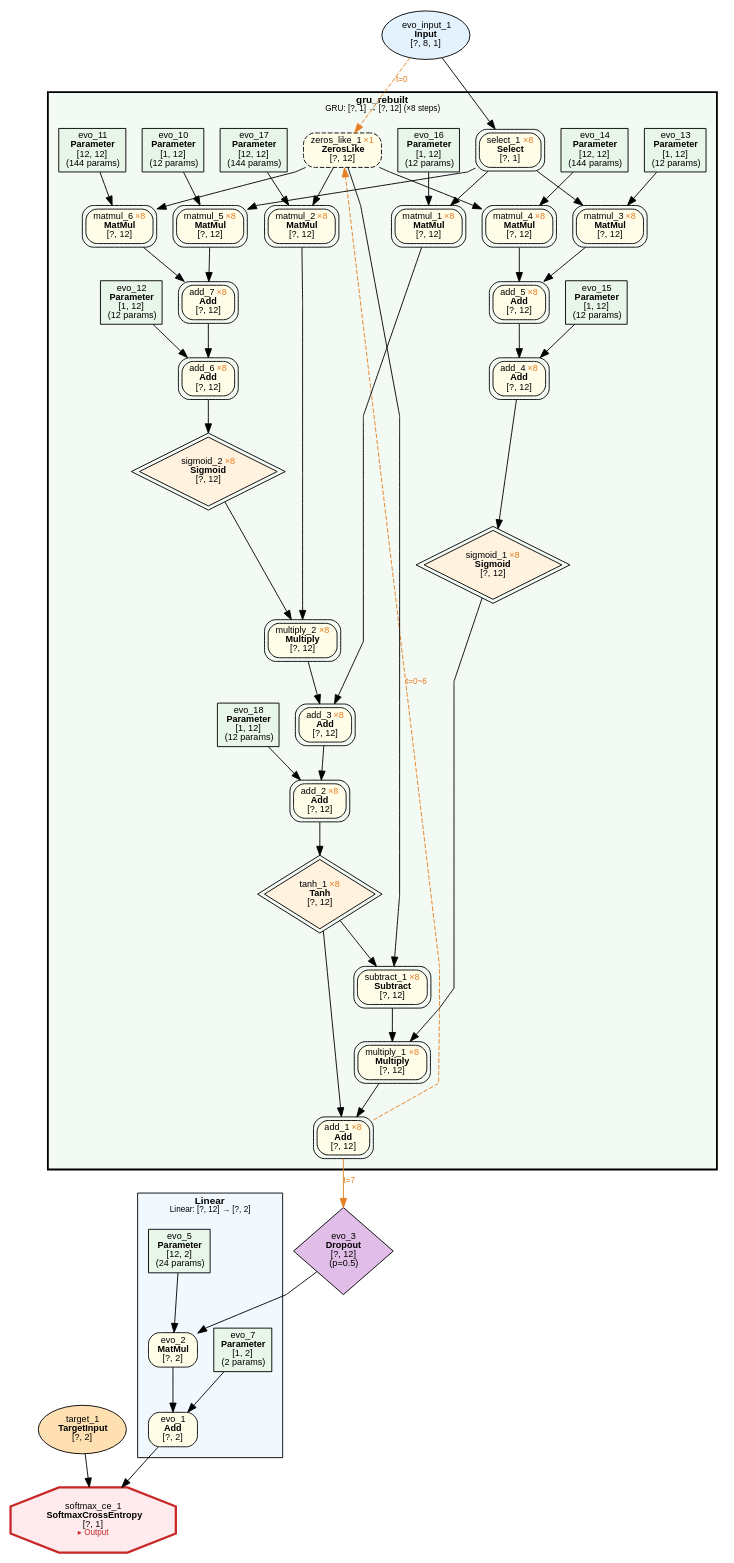
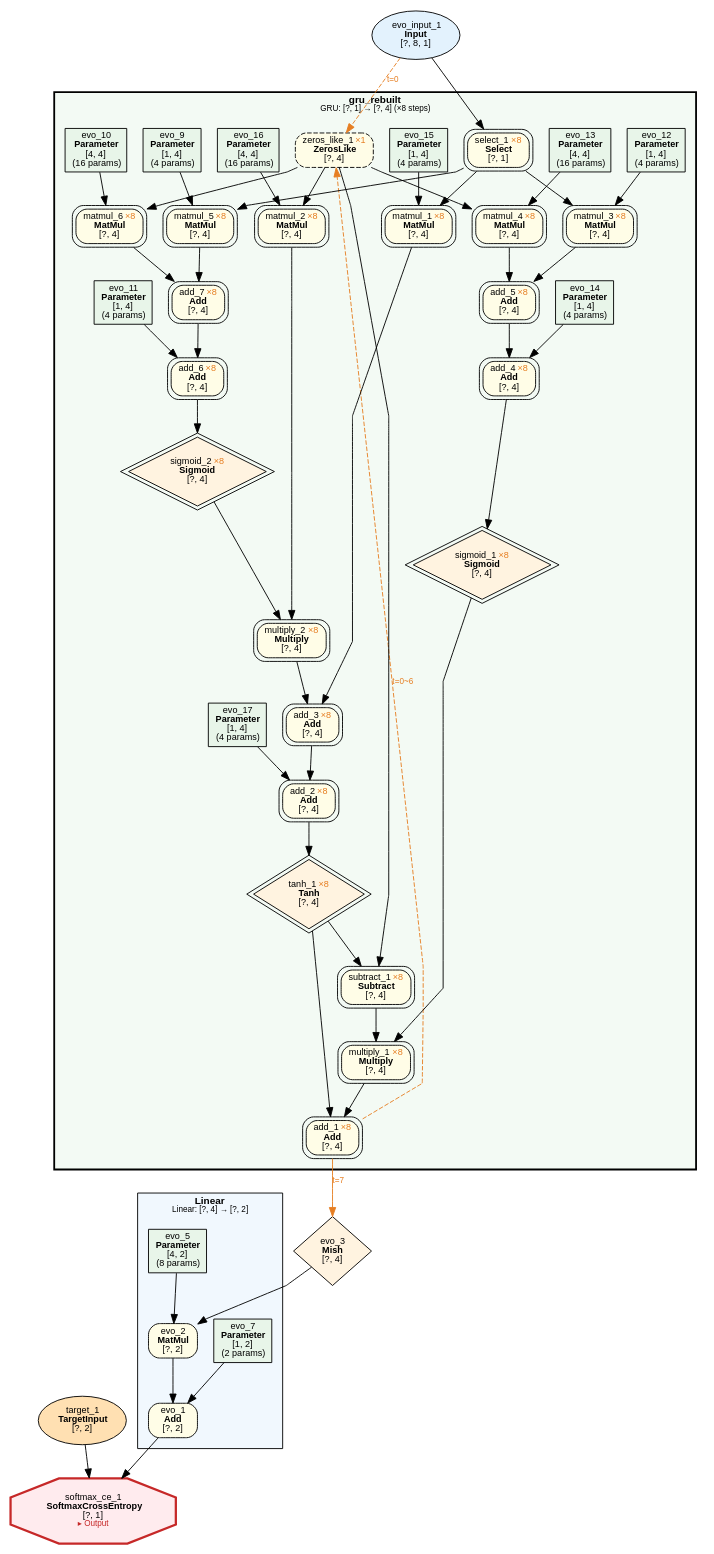
The diagram in examples/evolution/parity_seq/evolution_parity_seq.dot (dbsxdbsx/only_torch), drawn with Graphviz before and after one commit. The commit also changed 32 other files, not shown here.

```diff
--- a/examples/evolution/parity_seq/evolution_parity_seq.dot
+++ b/examples/evolution/parity_seq/evolution_parity_seq.dot
@@ -1,112 +1,112 @@
 digraph ComputeGraph {
     rankdir=TB;
     newrank=true;
     splines=polyline;
     node [fontname="Microsoft YaHei,SimHei,Arial"];
     edge [fontname="Microsoft YaHei,SimHei,Arial"];
 
     subgraph cluster_group_linear_1 {
-        label=<<B>Linear</B><BR/><FONT POINT-SIZE="9">Linear: [?, 12] → [?, 2]</FONT>>;
+        label=<<B>Linear</B><BR/><FONT POINT-SIZE="9">Linear: [?, 4] → [?, 2]</FONT>>;
         style=filled;
         fillcolor="#E3F2FD80";
         fontname="Microsoft YaHei,SimHei,Arial";
         fontsize=11;
         margin=12;
             "2" [label=<evo_1<BR/><B>Add</B><BR/>[?, 2]> shape=box style="filled,rounded" fillcolor="#FFFDE7" fontsize=10];
             "4" [label=<evo_2<BR/><B>MatMul</B><BR/>[?, 2]> shape=box style="filled,rounded" fillcolor="#FFFDE7" fontsize=10];
             "5" [label=<evo_7<BR/><B>Parameter</B><BR/>[1, 2]<BR/>(2 params)> shape=box style=filled fillcolor="#E8F5E9" fontsize=10];
-            "7" [label=<evo_5<BR/><B>Parameter</B><BR/>[12, 2]<BR/>(24 params)> shape=box style=filled fillcolor="#E8F5E9" fontsize=10];
+            "7" [label=<evo_5<BR/><B>Parameter</B><BR/>[4, 2]<BR/>(8 params)> shape=box style=filled fillcolor="#E8F5E9" fontsize=10];
     }
 
     subgraph cluster_group_gru_0 {
-        label=<<B>gru_rebuilt</B><BR/><FONT POINT-SIZE="9">GRU: [?, 1] → [?, 12] (×8 steps)</FONT>>;
+        label=<<B>gru_rebuilt</B><BR/><FONT POINT-SIZE="9">GRU: [?, 1] → [?, 4] (×8 steps)</FONT>>;
         style="filled,bold";
         peripheries=3;
         penwidth=2;
         fillcolor="#E8F5E980";
         fontname="Microsoft YaHei,SimHei,Arial";
         fontsize=11;
         margin=12;
-            "8" [label=<evo_18<BR/><B>Parameter</B><BR/>[1, 12]<BR/>(12 params)> shape=box style=filled fillcolor="#E8F5E9" fontsize=10];
-            "9" [label=<evo_15<BR/><B>Parameter</B><BR/>[1, 12]<BR/>(12 params)> shape=box style=filled fillcolor="#E8F5E9" fontsize=10];
-            "10" [label=<evo_16<BR/><B>Parameter</B><BR/>[1, 12]<BR/>(12 params)> shape=box style=filled fillcolor="#E8F5E9" fontsize=10];
-            "12" [label=<evo_17<BR/><B>Parameter</B><BR/>[12, 12]<BR/>(144 params)> shape=box style=filled fillcolor="#E8F5E9" fontsize=10];
-            "13" [label=<evo_13<BR/><B>Parameter</B><BR/>[1, 12]<BR/>(12 params)> shape=box style=filled fillcolor="#E8F5E9" fontsize=10];
-            "14" [label=<evo_14<BR/><B>Parameter</B><BR/>[12, 12]<BR/>(144 params)> shape=box style=filled fillcolor="#E8F5E9" fontsize=10];
-            "15" [label=<evo_12<BR/><B>Parameter</B><BR/>[1, 12]<BR/>(12 params)> shape=box style=filled fillcolor="#E8F5E9" fontsize=10];
-            "16" [label=<evo_10<BR/><B>Parameter</B><BR/>[1, 12]<BR/>(12 params)> shape=box style=filled fillcolor="#E8F5E9" fontsize=10];
-            "17" [label=<evo_11<BR/><B>Parameter</B><BR/>[12, 12]<BR/>(144 params)> shape=box style=filled fillcolor="#E8F5E9" fontsize=10];
-            "18" [label=<add_1 <FONT COLOR="#E67E22">×8</FONT><BR/><B>Add</B><BR/>[?, 12]> shape=box style="filled,rounded" fillcolor="#FFFDE7" fontsize=10 peripheries=2];
-            "19" [label=<tanh_1 <FONT COLOR="#E67E22">×8</FONT><BR/><B>Tanh</B><BR/>[?, 12]> shape=diamond style=filled fillcolor="#FFF3E0" fontsize=10 peripheries=2];
-            "20" [label=<multiply_1 <FONT COLOR="#E67E22">×8</FONT><BR/><B>Multiply</B><BR/>[?, 12]> shape=box style="filled,rounded" fillcolor="#FFFDE7" fontsize=10 peripheries=2];
-            "21" [label=<add_2 <FONT COLOR="#E67E22">×8</FONT><BR/><B>Add</B><BR/>[?, 12]> shape=box style="filled,rounded" fillcolor="#FFFDE7" fontsize=10 peripheries=2];
-            "22" [label=<sigmoid_1 <FONT COLOR="#E67E22">×8</FONT><BR/><B>Sigmoid</B><BR/>[?, 12]> shape=diamond style=filled fillcolor="#FFF3E0" fontsize=10 peripheries=2];
-            "23" [label=<subtract_1 <FONT COLOR="#E67E22">×8</FONT><BR/><B>Subtract</B><BR/>[?, 12]> shape=box style="filled,rounded" fillcolor="#FFFDE7" fontsize=10 peripheries=2];
-            "24" [label=<add_3 <FONT COLOR="#E67E22">×8</FONT><BR/><B>Add</B><BR/>[?, 12]> shape=box style="filled,rounded" fillcolor="#FFFDE7" fontsize=10 peripheries=2];
-            "25" [label=<add_4 <FONT COLOR="#E67E22">×8</FONT><BR/><B>Add</B><BR/>[?, 12]> shape=box style="filled,rounded" fillcolor="#FFFDE7" fontsize=10 peripheries=2];
-            "26" [label=<zeros_like_1 <FONT COLOR="#E67E22">×1</FONT><BR/><B>ZerosLike</B><BR/>[?, 12]> shape=box style="filled,rounded,dashed" fillcolor="#FFFDE7" fontsize=10];
-            "27" [label=<matmul_1 <FONT COLOR="#E67E22">×8</FONT><BR/><B>MatMul</B><BR/>[?, 12]> shape=box style="filled,rounded" fillcolor="#FFFDE7" fontsize=10 peripheries=2];
-            "28" [label=<multiply_2 <FONT COLOR="#E67E22">×8</FONT><BR/><B>Multiply</B><BR/>[?, 12]> shape=box style="filled,rounded" fillcolor="#FFFDE7" fontsize=10 peripheries=2];
-            "29" [label=<add_5 <FONT COLOR="#E67E22">×8</FONT><BR/><B>Add</B><BR/>[?, 12]> shape=box style="filled,rounded" fillcolor="#FFFDE7" fontsize=10 peripheries=2];
+            "8" [label=<evo_17<BR/><B>Parameter</B><BR/>[1, 4]<BR/>(4 params)> shape=box style=filled fillcolor="#E8F5E9" fontsize=10];
+            "9" [label=<evo_14<BR/><B>Parameter</B><BR/>[1, 4]<BR/>(4 params)> shape=box style=filled fillcolor="#E8F5E9" fontsize=10];
+            "10" [label=<evo_15<BR/><B>Parameter</B><BR/>[1, 4]<BR/>(4 params)> shape=box style=filled fillcolor="#E8F5E9" fontsize=10];
+            "12" [label=<evo_16<BR/><B>Parameter</B><BR/>[4, 4]<BR/>(16 params)> shape=box style=filled fillcolor="#E8F5E9" fontsize=10];
+            "13" [label=<evo_12<BR/><B>Parameter</B><BR/>[1, 4]<BR/>(4 params)> shape=box style=filled fillcolor="#E8F5E9" fontsize=10];
+            "14" [label=<evo_13<BR/><B>Parameter</B><BR/>[4, 4]<BR/>(16 params)> shape=box style=filled fillcolor="#E8F5E9" fontsize=10];
+            "15" [label=<evo_11<BR/><B>Parameter</B><BR/>[1, 4]<BR/>(4 params)> shape=box style=filled fillcolor="#E8F5E9" fontsize=10];
+            "16" [label=<evo_9<BR/><B>Parameter</B><BR/>[1, 4]<BR/>(4 params)> shape=box style=filled fillcolor="#E8F5E9" fontsize=10];
+            "17" [label=<evo_10<BR/><B>Parameter</B><BR/>[4, 4]<BR/>(16 params)> shape=box style=filled fillcolor="#E8F5E9" fontsize=10];
+            "18" [label=<add_1 <FONT COLOR="#E67E22">×8</FONT><BR/><B>Add</B><BR/>[?, 4]> shape=box style="filled,rounded" fillcolor="#FFFDE7" fontsize=10 peripheries=2];
+            "19" [label=<tanh_1 <FONT COLOR="#E67E22">×8</FONT><BR/><B>Tanh</B><BR/>[?, 4]> shape=diamond style=filled fillcolor="#FFF3E0" fontsize=10 peripheries=2];
+            "20" [label=<multiply_1 <FONT COLOR="#E67E22">×8</FONT><BR/><B>Multiply</B><BR/>[?, 4]> shape=box style="filled,rounded" fillcolor="#FFFDE7" fontsize=10 peripheries=2];
+            "21" [label=<add_2 <FONT COLOR="#E67E22">×8</FONT><BR/><B>Add</B><BR/>[?, 4]> shape=box style="filled,rounded" fillcolor="#FFFDE7" fontsize=10 peripheries=2];
+            "22" [label=<sigmoid_1 <FONT COLOR="#E67E22">×8</FONT><BR/><B>Sigmoid</B><BR/>[?, 4]> shape=diamond style=filled fillcolor="#FFF3E0" fontsize=10 peripheries=2];
+            "23" [label=<subtract_1 <FONT COLOR="#E67E22">×8</FONT><BR/><B>Subtract</B><BR/>[?, 4]> shape=box style="filled,rounded" fillcolor="#FFFDE7" fontsize=10 peripheries=2];
+            "24" [label=<add_3 <FONT COLOR="#E67E22">×8</FONT><BR/><B>Add</B><BR/>[?, 4]> shape=box style="filled,rounded" fillcolor="#FFFDE7" fontsize=10 peripheries=2];
+            "25" [label=<add_4 <FONT COLOR="#E67E22">×8</FONT><BR/><B>Add</B><BR/>[?, 4]> shape=box style="filled,rounded" fillcolor="#FFFDE7" fontsize=10 peripheries=2];
+            "26" [label=<zeros_like_1 <FONT COLOR="#E67E22">×1</FONT><BR/><B>ZerosLike</B><BR/>[?, 4]> shape=box style="filled,rounded,dashed" fillcolor="#FFFDE7" fontsize=10];
+            "27" [label=<matmul_1 <FONT COLOR="#E67E22">×8</FONT><BR/><B>MatMul</B><BR/>[?, 4]> shape=box style="filled,rounded" fillcolor="#FFFDE7" fontsize=10 peripheries=2];
+            "28" [label=<multiply_2 <FONT COLOR="#E67E22">×8</FONT><BR/><B>Multiply</B><BR/>[?, 4]> shape=box style="filled,rounded" fillcolor="#FFFDE7" fontsize=10 peripheries=2];
+            "29" [label=<add_5 <FONT COLOR="#E67E22">×8</FONT><BR/><B>Add</B><BR/>[?, 4]> shape=box style="filled,rounded" fillcolor="#FFFDE7" fontsize=10 peripheries=2];
             "30" [label=<select_1 <FONT COLOR="#E67E22">×8</FONT><BR/><B>Select</B><BR/>[?, 1]> shape=box style="filled,rounded" fillcolor="#FFFDE7" fontsize=10 peripheries=2];
-            "31" [label=<sigmoid_2 <FONT COLOR="#E67E22">×8</FONT><BR/><B>Sigmoid</B><BR/>[?, 12]> shape=diamond style=filled fillcolor="#FFF3E0" fontsize=10 peripheries=2];
-            "32" [label=<matmul_2 <FONT COLOR="#E67E22">×8</FONT><BR/><B>MatMul</B><BR/>[?, 12]> shape=box style="filled,rounded" fillcolor="#FFFDE7" fontsize=10 peripheries=2];
-            "33" [label=<matmul_3 <FONT COLOR="#E67E22">×8</FONT><BR/><B>MatMul</B><BR/>[?, 12]> shape=box style="filled,rounded" fillcolor="#FFFDE7" fontsize=10 peripheries=2];
-            "34" [label=<matmul_4 <FONT COLOR="#E67E22">×8</FONT><BR/><B>MatMul</B><BR/>[?, 12]> shape=box style="filled,rounded" fillcolor="#FFFDE7" fontsize=10 peripheries=2];
-            "35" [label=<add_6 <FONT COLOR="#E67E22">×8</FONT><BR/><B>Add</B><BR/>[?, 12]> shape=box style="filled,rounded" fillcolor="#FFFDE7" fontsize=10 peripheries=2];
-            "36" [label=<add_7 <FONT COLOR="#E67E22">×8</FONT><BR/><B>Add</B><BR/>[?, 12]> shape=box style="filled,rounded" fillcolor="#FFFDE7" fontsize=10 peripheries=2];
-            "37" [label=<matmul_5 <FONT COLOR="#E67E22">×8</FONT><BR/><B>MatMul</B><BR/>[?, 12]> shape=box style="filled,rounded" fillcolor="#FFFDE7" fontsize=10 peripheries=2];
-            "38" [label=<matmul_6 <FONT COLOR="#E67E22">×8</FONT><BR/><B>MatMul</B><BR/>[?, 12]> shape=box style="filled,rounded" fillcolor="#FFFDE7" fontsize=10 peripheries=2];
+            "31" [label=<sigmoid_2 <FONT COLOR="#E67E22">×8</FONT><BR/><B>Sigmoid</B><BR/>[?, 4]> shape=diamond style=filled fillcolor="#FFF3E0" fontsize=10 peripheries=2];
+            "32" [label=<matmul_2 <FONT COLOR="#E67E22">×8</FONT><BR/><B>MatMul</B><BR/>[?, 4]> shape=box style="filled,rounded" fillcolor="#FFFDE7" fontsize=10 peripheries=2];
+            "33" [label=<matmul_3 <FONT COLOR="#E67E22">×8</FONT><BR/><B>MatMul</B><BR/>[?, 4]> shape=box style="filled,rounded" fillcolor="#FFFDE7" fontsize=10 peripheries=2];
+            "34" [label=<matmul_4 <FONT COLOR="#E67E22">×8</FONT><BR/><B>MatMul</B><BR/>[?, 4]> shape=box style="filled,rounded" fillcolor="#FFFDE7" fontsize=10 peripheries=2];
+            "35" [label=<add_6 <FONT COLOR="#E67E22">×8</FONT><BR/><B>Add</B><BR/>[?, 4]> shape=box style="filled,rounded" fillcolor="#FFFDE7" fontsize=10 peripheries=2];
+            "36" [label=<add_7 <FONT COLOR="#E67E22">×8</FONT><BR/><B>Add</B><BR/>[?, 4]> shape=box style="filled,rounded" fillcolor="#FFFDE7" fontsize=10 peripheries=2];
+            "37" [label=<matmul_5 <FONT COLOR="#E67E22">×8</FONT><BR/><B>MatMul</B><BR/>[?, 4]> shape=box style="filled,rounded" fillcolor="#FFFDE7" fontsize=10 peripheries=2];
+            "38" [label=<matmul_6 <FONT COLOR="#E67E22">×8</FONT><BR/><B>MatMul</B><BR/>[?, 4]> shape=box style="filled,rounded" fillcolor="#FFFDE7" fontsize=10 peripheries=2];
     }
 
     "1" [label=<softmax_ce_1<BR/><B>SoftmaxCrossEntropy</B><BR/>[?, 1]<BR/><FONT COLOR="#C62828" POINT-SIZE="9">▸ Output</FONT>> shape=octagon style=filled fillcolor="#FFEBEE" fontsize=10 penwidth=2.5 color="#C62828"];
     "3" [label=<target_1<BR/><B>TargetInput</B><BR/>[?, 2]> shape=ellipse style=filled fillcolor="#FFE0B2" fontsize=10];
-    "6" [label=<evo_3<BR/><B>Dropout</B><BR/>[?, 12]<BR/>(p=0.5)> shape=diamond style=filled fillcolor="#E1BEE7" fontsize=10];
+    "6" [label=<evo_3<BR/><B>Mish</B><BR/>[?, 4]> shape=diamond style=filled fillcolor="#FFF3E0" fontsize=10];
     "11" [label=<evo_input_1<BR/><B>Input</B><BR/>[?, 8, 1]> shape=ellipse style=filled fillcolor="#E3F2FD" fontsize=10];
 
     "2" -> "1";
     "3" -> "1";
     "4" -> "2";
     "5" -> "2";
     "6" -> "4";
     "7" -> "4";
     "18" -> "6" [ color="#E67E22" label=<t=7> fontcolor="#E67E22" fontsize=9];
     "19" -> "18";
     "20" -> "18";
     "21" -> "19";
     "22" -> "20";
     "23" -> "20";
     "24" -> "21";
     "8" -> "21";
     "25" -> "22";
     "26" -> "23";
     "19" -> "23";
     "27" -> "24";
     "28" -> "24";
     "29" -> "25";
     "9" -> "25";
     "11" -> "26" [ style=dashed color="#E67E22" label=<t=0> fontcolor="#E67E22" fontsize=9];
     "30" -> "27";
     "10" -> "27";
     "31" -> "28";
     "32" -> "28";
     "33" -> "29";
     "34" -> "29";
     "11" -> "30";
     "35" -> "31";
     "26" -> "32";
     "12" -> "32";
     "30" -> "33";
     "13" -> "33";
     "26" -> "34";
     "14" -> "34";
     "36" -> "35";
     "15" -> "35";
     "37" -> "36";
     "38" -> "36";
     "30" -> "37";
     "16" -> "37";
     "26" -> "38";
     "17" -> "38";
     "18" -> "26" [style=dashed color="#E67E22" label=<t=0~6> fontcolor="#E67E22" fontsize=9 constraint=false];
 }
```
